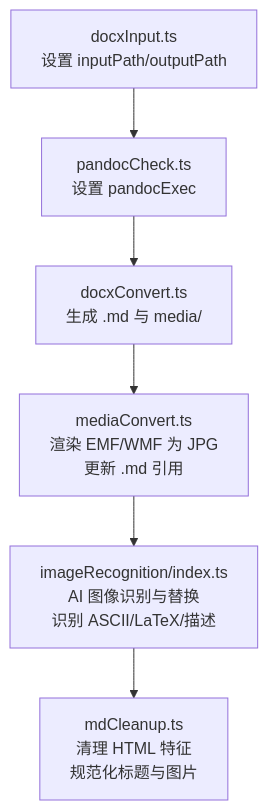
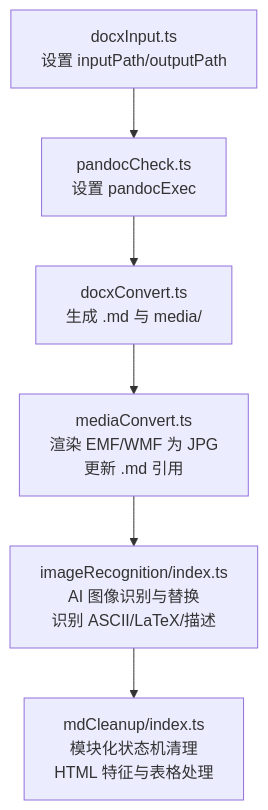
The third of 3 diagrams in .qoder/repowiki/zh/content/转换模块详解/转换模块详解.md (hllshiro/doc2md-cli), drawn with Mermaid before and after one commit. The commit also changed other lines of this file and 2 other files, not shown here.

Commit message:
docx(mdCleanup): 更新wiki文档

````diff
--- a/.qoder/repowiki/zh/content/转换模块详解/转换模块详解.md
+++ b/.qoder/repowiki/zh/content/转换模块详解/转换模块详解.md
@@ -420,8 +541,8 @@
 ```mermaid
 flowchart TD
 A["docxInput.ts<br/>设置 inputPath/outputPath"] --> B["pandocCheck.ts<br/>设置 pandocExec"]
 B --> C["docxConvert.ts<br/>生成 .md 与 media/"]
 C --> D["mediaConvert.ts<br/>渲染 EMF/WMF 为 JPG<br/>更新 .md 引用"]
 D --> E["imageRecognition/index.ts<br/>AI 图像识别与替换<br/>识别 ASCII/LaTeX/描述"]
-E --> F["mdCleanup.ts<br/>清理 HTML 特征<br/>规范化标题与图片"]
+E --> F["mdCleanup/index.ts<br/>模块化状态机清理<br/>HTML 特征与表格处理"]
 ```
````
